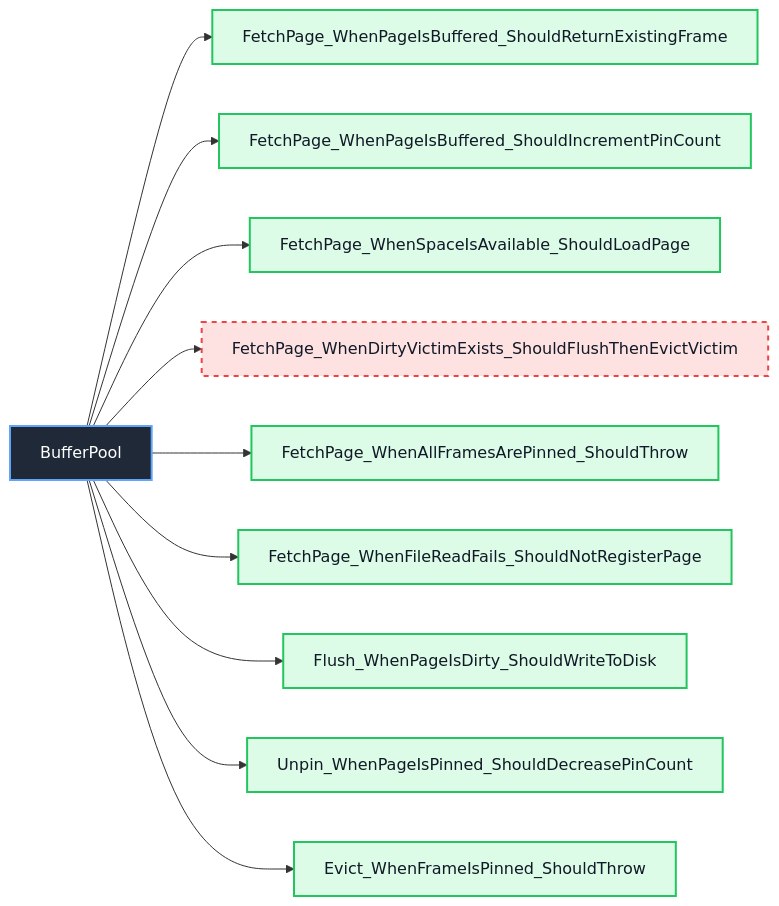
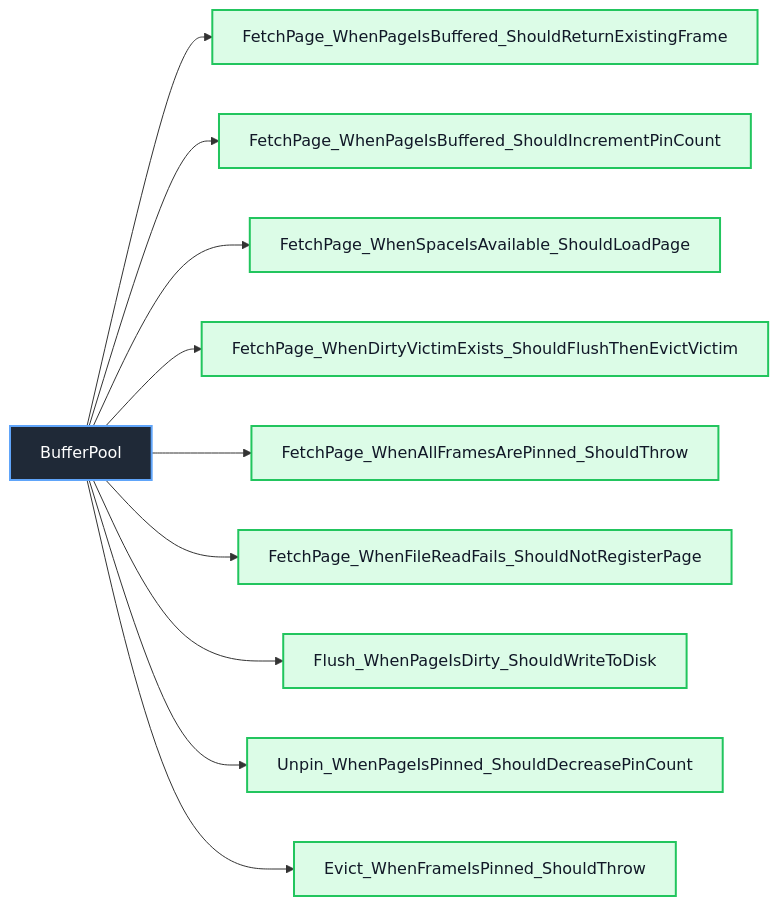
Diagram 18 of 31 in docs/unit-test/README.md (manaxpow/DBMS), drawn with Mermaid before and after one commit. The commit also changed other lines of this file and 5 other files, not shown here.

````diff
--- a/docs/unit-test/README.md
+++ b/docs/unit-test/README.md
@@ -405,22 +405,21 @@
 ```mermaid
 flowchart LR
     Class_BufferPool["BufferPool"]
 
     Class_BufferPool --> BP_001["FetchPage_WhenPageIsBuffered_ShouldReturnExistingFrame"]
     Class_BufferPool --> BP_002["FetchPage_WhenPageIsBuffered_ShouldIncrementPinCount"]
     Class_BufferPool --> BP_003["FetchPage_WhenSpaceIsAvailable_ShouldLoadPage"]
     Class_BufferPool --> BP_004["FetchPage_WhenDirtyVictimExists_ShouldFlushThenEvictVictim"]
     Class_BufferPool --> BP_005["FetchPage_WhenAllFramesArePinned_ShouldThrow"]
     Class_BufferPool --> BP_006["FetchPage_WhenFileReadFails_ShouldNotRegisterPage"]
     Class_BufferPool --> BP_007["Flush_WhenPageIsDirty_ShouldWriteToDisk"]
     Class_BufferPool --> BP_008["Unpin_WhenPageIsPinned_ShouldDecreasePinCount"]
     Class_BufferPool --> BP_009["Evict_WhenFrameIsPinned_ShouldThrow"]
 
     classDef classNode fill:#1f2937,stroke:#60a5fa,color:#ffffff,stroke-width:2px
     classDef completedTest fill:#dcfce7,stroke:#22c55e,color:#111827,stroke-width:2px
     classDef missingTest fill:#fee2e2,stroke:#ef4444,color:#111827,stroke-width:2px,stroke-dasharray: 5 5
 
     class Class_BufferPool classNode
-    class BP_001,BP_002,BP_003,BP_005,BP_006,BP_007,BP_008,BP_009 completedTest
-    class BP_004 missingTest
+    class BP_001,BP_002,BP_003,BP_004,BP_005,BP_006,BP_007,BP_008,BP_009 completedTest
 ```
````
